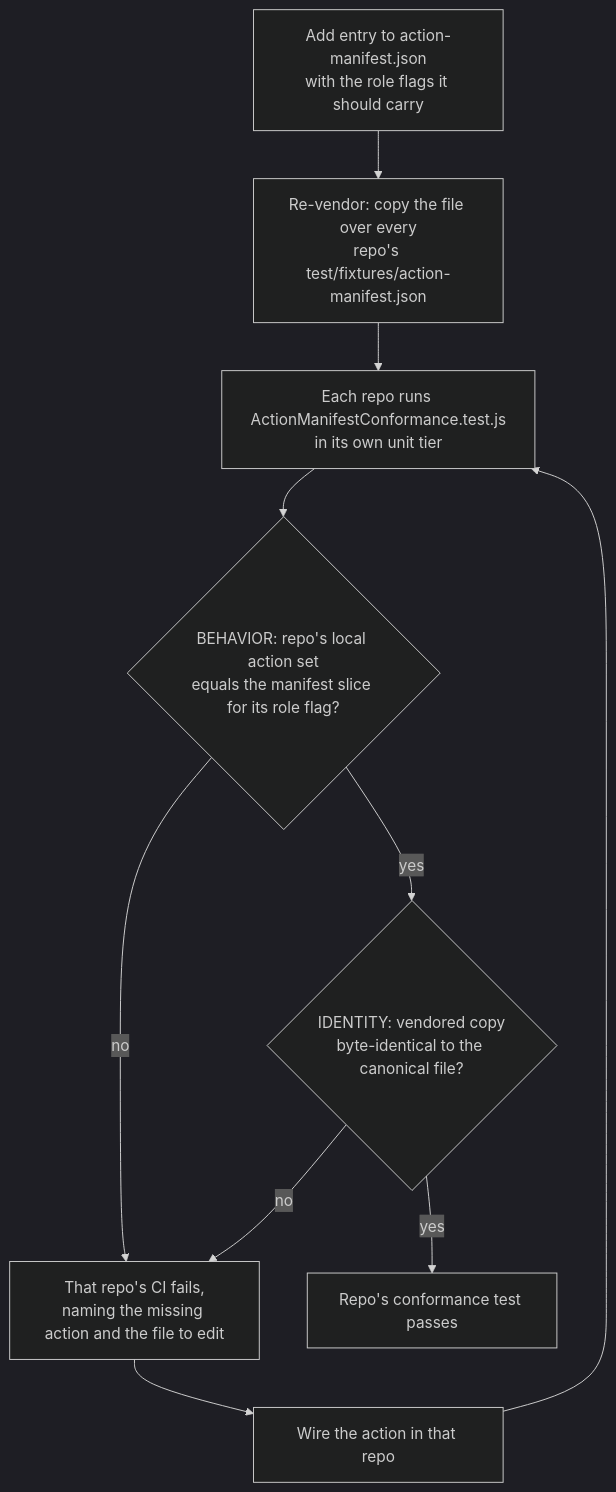
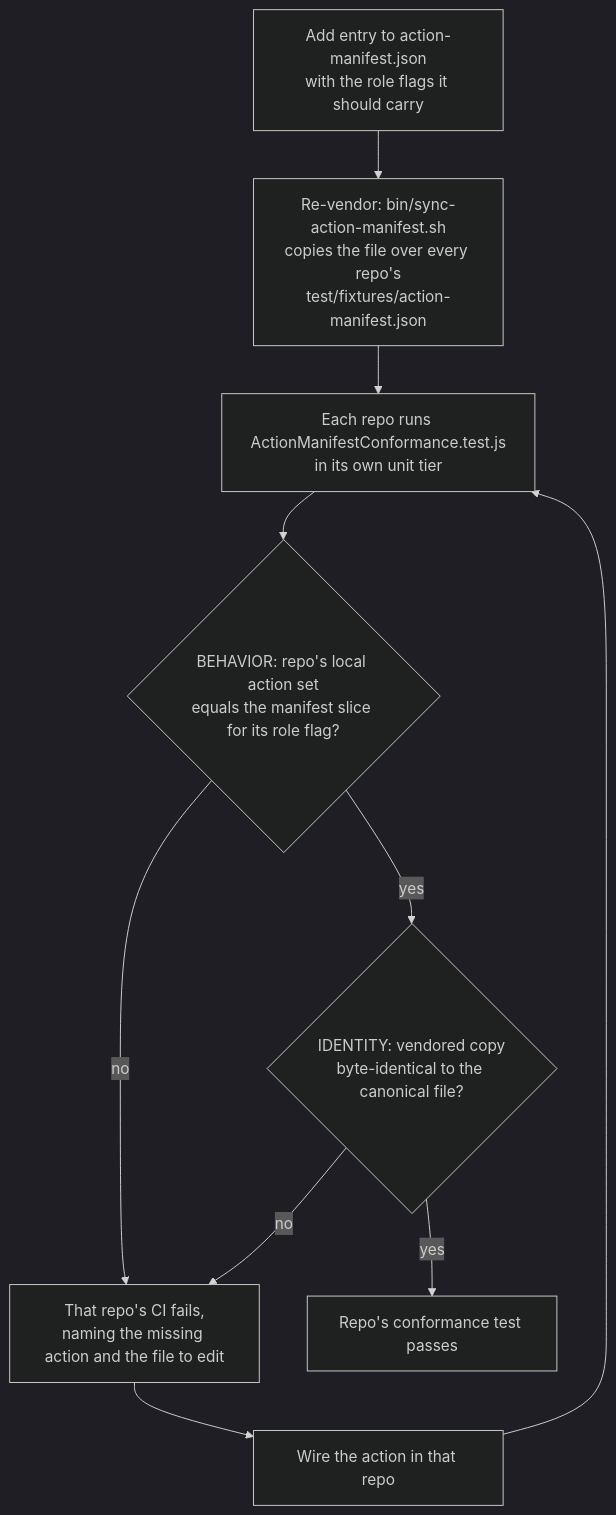
The diagram in protocol/action-manifest.md (XChain-Platform/xchain-documentation), drawn with Mermaid (dark theme) before and after one commit. The commit also changed other lines of this file and 20 other files, not shown here.

````diff
--- a/protocol/action-manifest.md
+++ b/protocol/action-manifest.md
@@ -56,12 +67,12 @@
 ```mermaid
 flowchart TD
-    Add["Add entry to action-manifest.json<br>with the role flags it should carry"] --> Vendor["Re-vendor: copy the file over every<br>repo's test/fixtures/action-manifest.json"]
+    Add["Add entry to action-manifest.json<br>with the role flags it should carry"] --> Vendor["Re-vendor: bin/sync-action-manifest.sh<br>copies the file over every repo's<br>test/fixtures/action-manifest.json"]
     Vendor --> Test["Each repo runs ActionManifestConformance.test.js<br>in its own unit tier"]
     Test --> Behavior{"BEHAVIOR: repo's local action set<br>equals the manifest slice for its role flag?"}
     Behavior -->|"no"| Fail["That repo's CI fails,<br>naming the missing action and the file to edit"]
     Behavior -->|"yes"| Identity{"IDENTITY: vendored copy<br>byte-identical to the canonical file?"}
     Identity -->|"no"| Fail
     Identity -->|"yes"| Green["Repo's conformance test passes"]
     Fail --> Wire["Wire the action in that repo"]
     Wire --> Test
 ```
````
